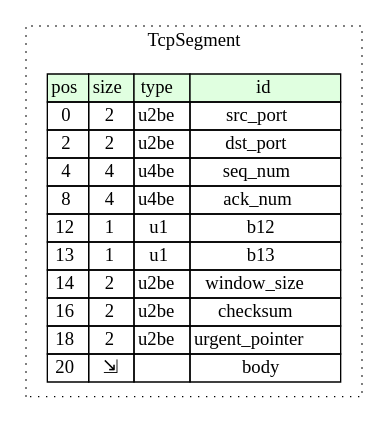
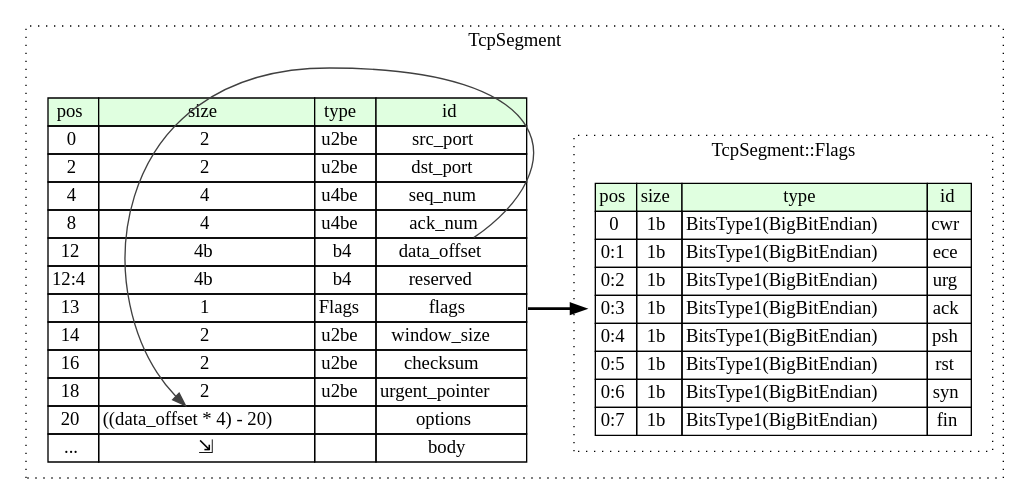
One commit to kaitai-io/formats-kaitai-io.github.io changed the diagram in tcp_segment/src/graphviz/tcp_segment.dot. Above: the diagram before and after it, drawn with Graphviz. The commit also changed 2542 other files, not shown here.

```diff
--- a/tcp_segment/src/graphviz/tcp_segment.dot
+++ b/tcp_segment/src/graphviz/tcp_segment.dot
@@ -1,22 +1,42 @@
 digraph {
 	rankdir=LR;
 	node [shape=plaintext];
 	subgraph cluster__tcp_segment {
 		label="TcpSegment";
 		graph[style=dotted];
 
 		tcp_segment__seq [label=<<TABLE BORDER="0" CELLBORDER="1" CELLSPACING="0">
 			<TR><TD BGCOLOR="#E0FFE0">pos</TD><TD BGCOLOR="#E0FFE0">size</TD><TD BGCOLOR="#E0FFE0">type</TD><TD BGCOLOR="#E0FFE0">id</TD></TR>
 			<TR><TD PORT="src_port_pos">0</TD><TD PORT="src_port_size">2</TD><TD>u2be</TD><TD PORT="src_port_type">src_port</TD></TR>
 			<TR><TD PORT="dst_port_pos">2</TD><TD PORT="dst_port_size">2</TD><TD>u2be</TD><TD PORT="dst_port_type">dst_port</TD></TR>
 			<TR><TD PORT="seq_num_pos">4</TD><TD PORT="seq_num_size">4</TD><TD>u4be</TD><TD PORT="seq_num_type">seq_num</TD></TR>
 			<TR><TD PORT="ack_num_pos">8</TD><TD PORT="ack_num_size">4</TD><TD>u4be</TD><TD PORT="ack_num_type">ack_num</TD></TR>
-			<TR><TD PORT="b12_pos">12</TD><TD PORT="b12_size">1</TD><TD>u1</TD><TD PORT="b12_type">b12</TD></TR>
-			<TR><TD PORT="b13_pos">13</TD><TD PORT="b13_size">1</TD><TD>u1</TD><TD PORT="b13_type">b13</TD></TR>
+			<TR><TD PORT="data_offset_pos">12</TD><TD PORT="data_offset_size">4b</TD><TD>b4</TD><TD PORT="data_offset_type">data_offset</TD></TR>
+			<TR><TD PORT="reserved_pos">12:4</TD><TD PORT="reserved_size">4b</TD><TD>b4</TD><TD PORT="reserved_type">reserved</TD></TR>
+			<TR><TD PORT="flags_pos">13</TD><TD PORT="flags_size">1</TD><TD>Flags</TD><TD PORT="flags_type">flags</TD></TR>
 			<TR><TD PORT="window_size_pos">14</TD><TD PORT="window_size_size">2</TD><TD>u2be</TD><TD PORT="window_size_type">window_size</TD></TR>
 			<TR><TD PORT="checksum_pos">16</TD><TD PORT="checksum_size">2</TD><TD>u2be</TD><TD PORT="checksum_type">checksum</TD></TR>
 			<TR><TD PORT="urgent_pointer_pos">18</TD><TD PORT="urgent_pointer_size">2</TD><TD>u2be</TD><TD PORT="urgent_pointer_type">urgent_pointer</TD></TR>
-			<TR><TD PORT="body_pos">20</TD><TD PORT="body_size">⇲</TD><TD></TD><TD PORT="body_type">body</TD></TR>
+			<TR><TD PORT="options_pos">20</TD><TD PORT="options_size">((data_offset * 4) - 20)</TD><TD></TD><TD PORT="options_type">options</TD></TR>
+			<TR><TD PORT="body_pos">...</TD><TD PORT="body_size">⇲</TD><TD></TD><TD PORT="body_type">body</TD></TR>
 		</TABLE>>];
+		subgraph cluster__flags {
+			label="TcpSegment::Flags";
+			graph[style=dotted];
+
+			flags__seq [label=<<TABLE BORDER="0" CELLBORDER="1" CELLSPACING="0">
+				<TR><TD BGCOLOR="#E0FFE0">pos</TD><TD BGCOLOR="#E0FFE0">size</TD><TD BGCOLOR="#E0FFE0">type</TD><TD BGCOLOR="#E0FFE0">id</TD></TR>
+				<TR><TD PORT="cwr_pos">0</TD><TD PORT="cwr_size">1b</TD><TD>BitsType1(BigBitEndian)</TD><TD PORT="cwr_type">cwr</TD></TR>
+				<TR><TD PORT="ece_pos">0:1</TD><TD PORT="ece_size">1b</TD><TD>BitsType1(BigBitEndian)</TD><TD PORT="ece_type">ece</TD></TR>
+				<TR><TD PORT="urg_pos">0:2</TD><TD PORT="urg_size">1b</TD><TD>BitsType1(BigBitEndian)</TD><TD PORT="urg_type">urg</TD></TR>
+				<TR><TD PORT="ack_pos">0:3</TD><TD PORT="ack_size">1b</TD><TD>BitsType1(BigBitEndian)</TD><TD PORT="ack_type">ack</TD></TR>
+				<TR><TD PORT="psh_pos">0:4</TD><TD PORT="psh_size">1b</TD><TD>BitsType1(BigBitEndian)</TD><TD PORT="psh_type">psh</TD></TR>
+				<TR><TD PORT="rst_pos">0:5</TD><TD PORT="rst_size">1b</TD><TD>BitsType1(BigBitEndian)</TD><TD PORT="rst_type">rst</TD></TR>
+				<TR><TD PORT="syn_pos">0:6</TD><TD PORT="syn_size">1b</TD><TD>BitsType1(BigBitEndian)</TD><TD PORT="syn_type">syn</TD></TR>
+				<TR><TD PORT="fin_pos">0:7</TD><TD PORT="fin_size">1b</TD><TD>BitsType1(BigBitEndian)</TD><TD PORT="fin_type">fin</TD></TR>
+			</TABLE>>];
+		}
 	}
+	tcp_segment__seq:flags_type -> flags__seq [style=bold];
+	tcp_segment__seq:data_offset_type -> tcp_segment__seq:options_size [color="#404040"];
 }
```
